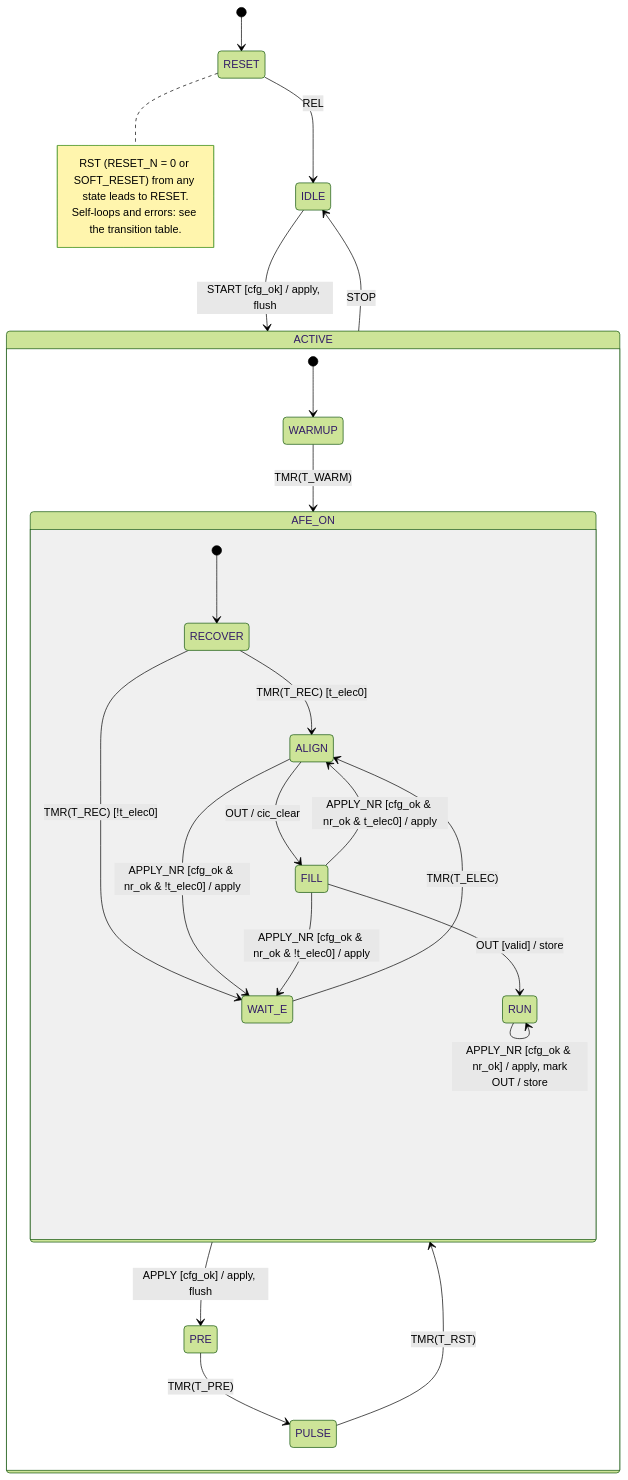
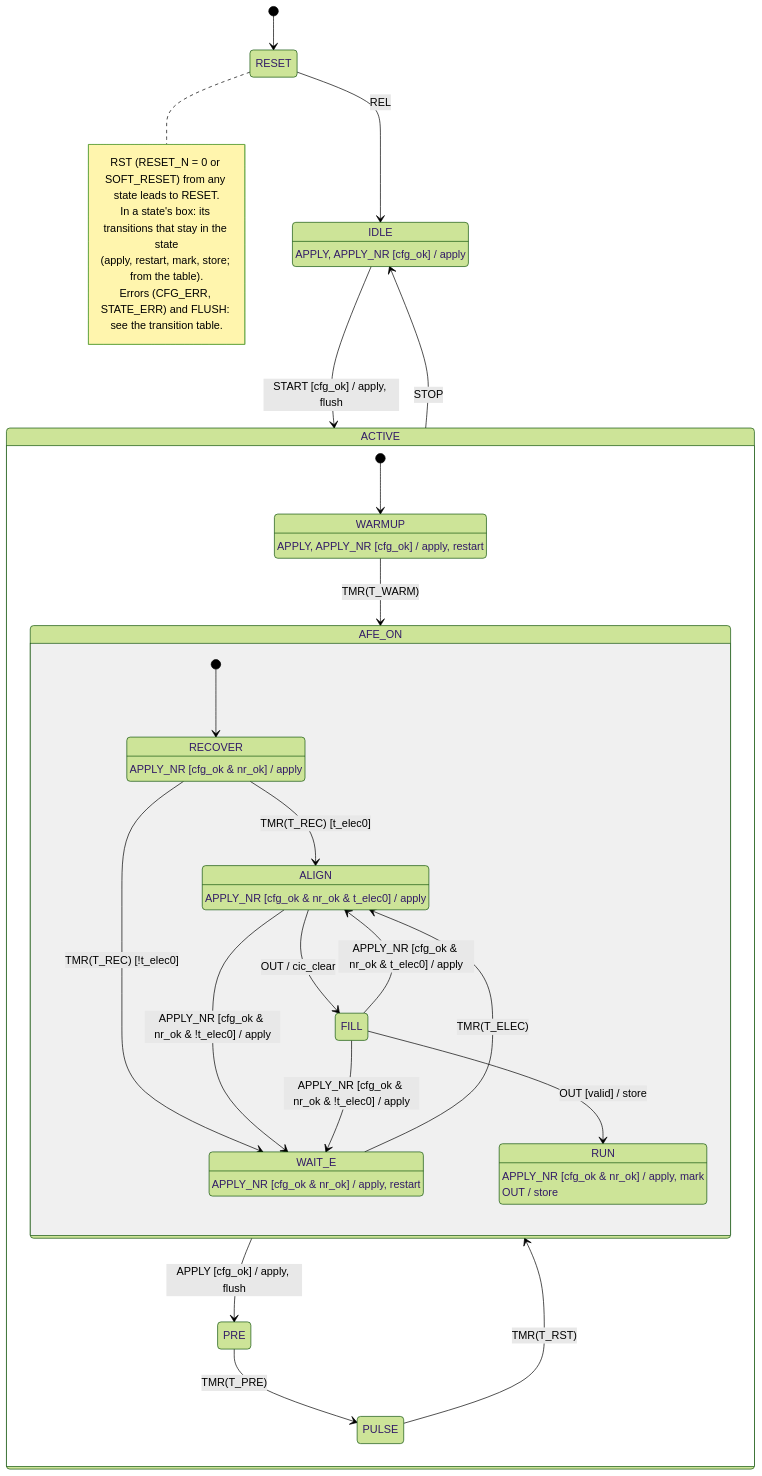
One commit to Kosei-HATA/First_Tapeout_2026 changed the diagram in first_tapeout_eeg/gf180/tapeout/rtl/spec/seq_fsm.mmd. Above: the diagram before and after it, drawn with Mermaid (forest theme). The commit also changed 17 other files, not shown here.

```diff
--- a/first_tapeout_eeg/gf180/tapeout/rtl/spec/seq_fsm.mmd
+++ b/first_tapeout_eeg/gf180/tapeout/rtl/spec/seq_fsm.mmd
@@ -1,39 +1,53 @@
 stateDiagram-v2
     %% sequencer (generated by gf180/tapeout/rtl/spec/fsm_spec.py; do not edit by hand)
     [*] --> RESET
     RESET
     IDLE
+    IDLE : IDLE
+    IDLE : APPLY, APPLY_NR [cfg_ok] / apply
     state ACTIVE {
         [*] --> WARMUP
         WARMUP
+        WARMUP : WARMUP
+        WARMUP : APPLY, APPLY_NR [cfg_ok] / apply, restart
         PRE
         PULSE
         state AFE_ON {
             [*] --> RECOVER
             RECOVER
+            RECOVER : RECOVER
+            RECOVER : APPLY_NR [cfg_ok & nr_ok] / apply
             WAIT_E
+            WAIT_E : WAIT_E
+            WAIT_E : APPLY_NR [cfg_ok & nr_ok] / apply, restart
             ALIGN
+            ALIGN : ALIGN
+            ALIGN : APPLY_NR [cfg_ok & nr_ok & t_elec0] / apply
             FILL
             RUN
+            RUN : RUN
+            RUN : APPLY_NR [cfg_ok & nr_ok] / apply, mark
+            RUN : OUT / store
             RECOVER --> ALIGN : TMR(T_REC) [t_elec0]
             RECOVER --> WAIT_E : TMR(T_REC) [!t_elec0]
             WAIT_E --> ALIGN : TMR(T_ELEC)
             ALIGN --> WAIT_E : APPLY_NR [cfg_ok & nr_ok & !t_elec0] / apply
             ALIGN --> FILL : OUT / cic_clear
             FILL --> ALIGN : APPLY_NR [cfg_ok & nr_ok & t_elec0] / apply
             FILL --> WAIT_E : APPLY_NR [cfg_ok & nr_ok & !t_elec0] / apply
             FILL --> RUN : OUT [valid] / store
-            RUN --> RUN : APPLY_NR [cfg_ok & nr_ok] / apply, mark<br/>OUT / store
         }
         AFE_ON --> PRE : APPLY [cfg_ok] / apply, flush
         WARMUP --> AFE_ON : TMR(T_WARM)
         PRE --> PULSE : TMR(T_PRE)
         PULSE --> AFE_ON : TMR(T_RST)
     }
     ACTIVE --> IDLE : STOP
     RESET --> IDLE : REL
     IDLE --> ACTIVE : START [cfg_ok] / apply, flush
     note right of RESET
         RST (RESET_N = 0 or SOFT_RESET) from any state leads to RESET.
-        Self-loops and errors: see the transition table.
+        In a state's box: its transitions that stay in the state
+        (apply, restart, mark, store; from the table).
+        Errors (CFG_ERR, STATE_ERR) and FLUSH: see the transition table.
     end note
```
